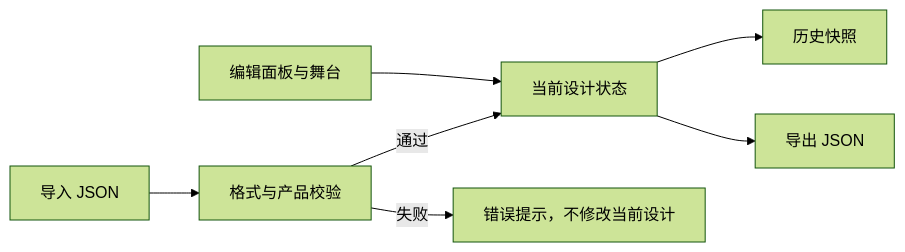
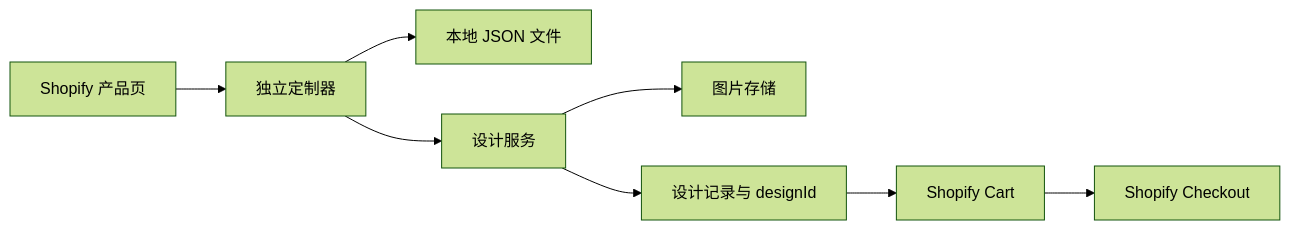
One commit to JasonTru03/jersey-3d-configurator changed the second of 2 diagrams in docs/superpowers/specs/2026-07-14-local-design-files-design.md. Above: the diagram before and after it, drawn with Mermaid (forest theme). The commit also changed other lines of this file, not shown here.

````diff
--- a/docs/superpowers/specs/2026-07-14-local-design-files-design.md
+++ b/docs/superpowers/specs/2026-07-14-local-design-files-design.md
@@ -57,9 +116,10 @@
 ```mermaid
 flowchart LR
-  UI[编辑面板与舞台] --> State[当前设计状态]
-  State --> History[历史快照]
-  State --> Export[导出 JSON]
-  Import[导入 JSON] --> Validate[格式与产品校验]
-  Validate -->|通过| State
-  Validate -->|失败| Notice[错误提示，不修改当前设计]
+  Store[Shopify 产品页] --> Editor[独立定制器]
+  Editor --> Local[本地 JSON 文件]
+  Editor --> API[设计服务]
+  API --> Assets[图片存储]
+  API --> Design[设计记录与 designId]
+  Design --> Cart[Shopify Cart]
+  Cart --> Checkout[Shopify Checkout]
 ```
````
